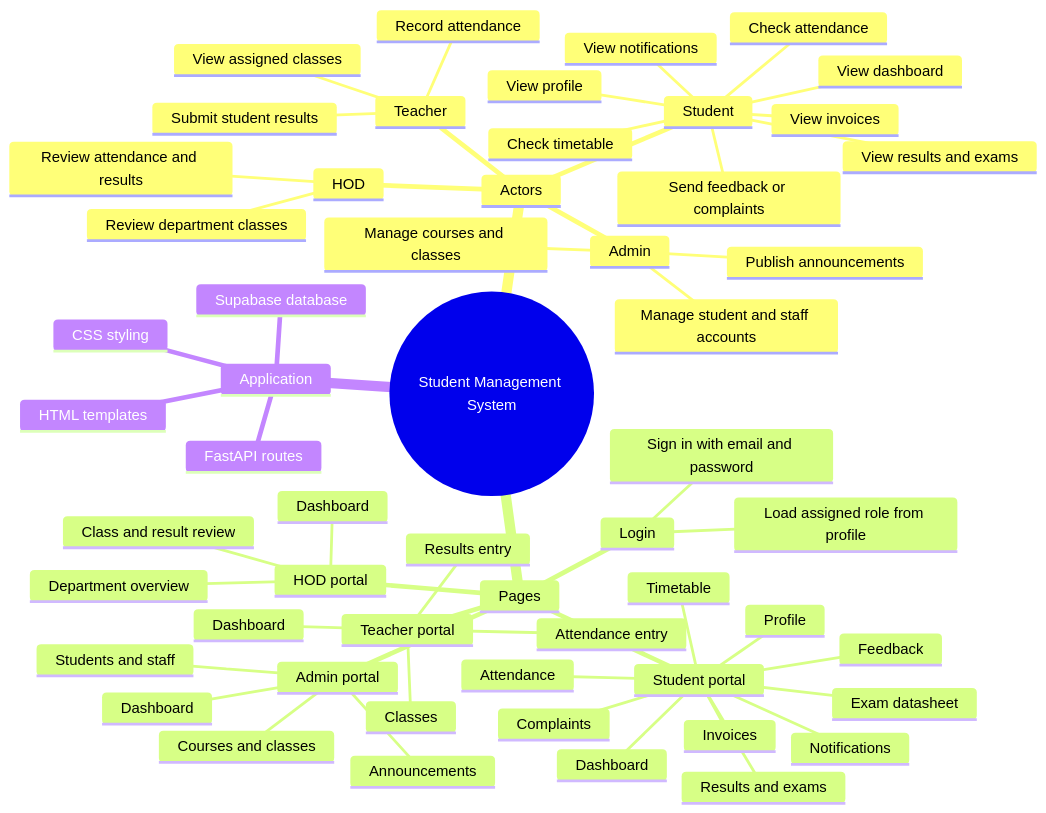
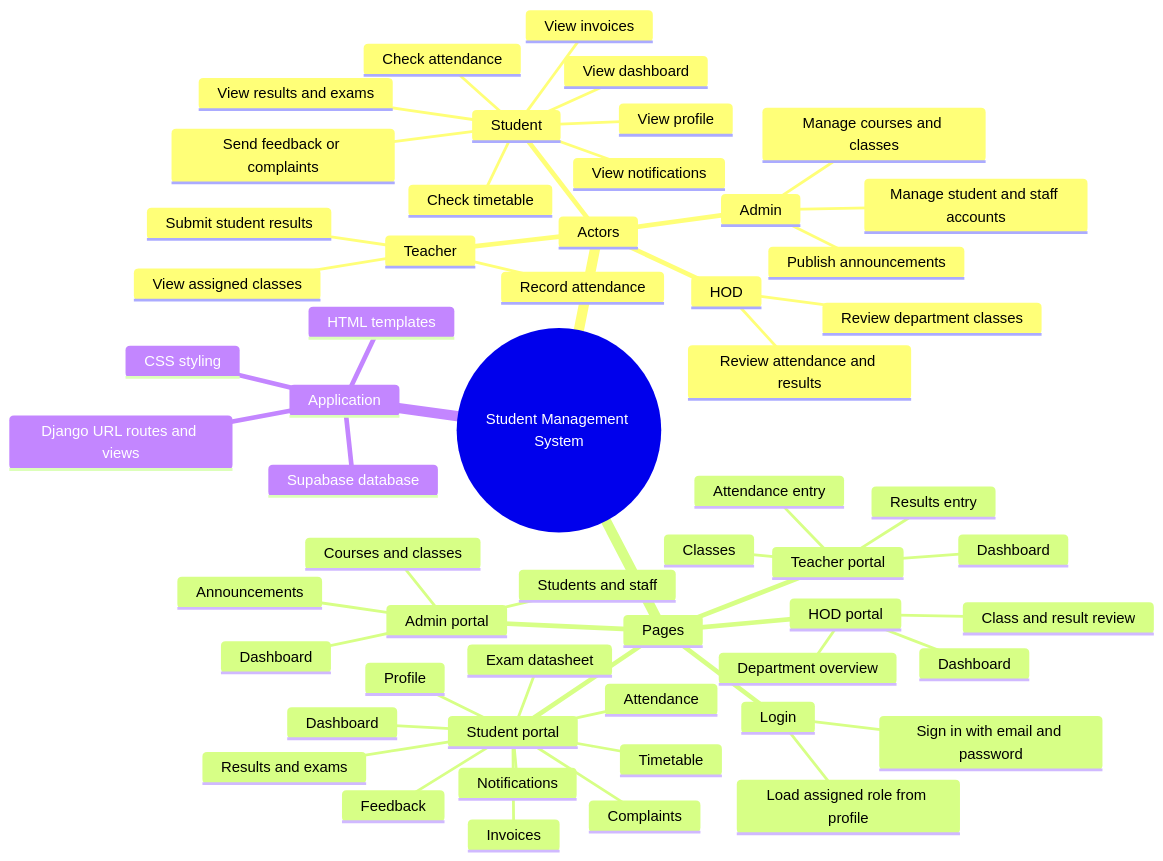
One commit to ZENOxELITE/sms changed the diagram in project_materials/PROJECT-MINDMAP.md. Above: the diagram before and after it, drawn with Mermaid. The commit also changed 25 other files, not shown here.

````diff
--- a/project_materials/PROJECT-MINDMAP.md
+++ b/project_materials/PROJECT-MINDMAP.md
@@ -3,59 +3,59 @@
 ```mermaid
 mindmap
   root((Student Management System))
     Actors
       Student
         View dashboard
         View profile
         Check attendance
         View results and exams
         Check timetable
         View notifications
         View invoices
         Send feedback or complaints
       Teacher
         View assigned classes
         Record attendance
         Submit student results
       HOD
         Review department classes
         Review attendance and results
       Admin
         Manage student and staff accounts
         Manage courses and classes
         Publish announcements
     Pages
       Login
         Sign in with email and password
         Load assigned role from profile
       Student portal
         Dashboard
         Profile
         Attendance
         Results and exams
         Exam datasheet
         Notifications
         Feedback
         Timetable
         Invoices
         Complaints
       Teacher portal
         Dashboard
         Classes
         Attendance entry
         Results entry
       HOD portal
         Dashboard
         Department overview
         Class and result review
       Admin portal
         Dashboard
         Students and staff
         Courses and classes
         Announcements
     Application
-      FastAPI routes
+      Django URL routes and views
       HTML templates
       CSS styling
       Supabase database
 ```
````
